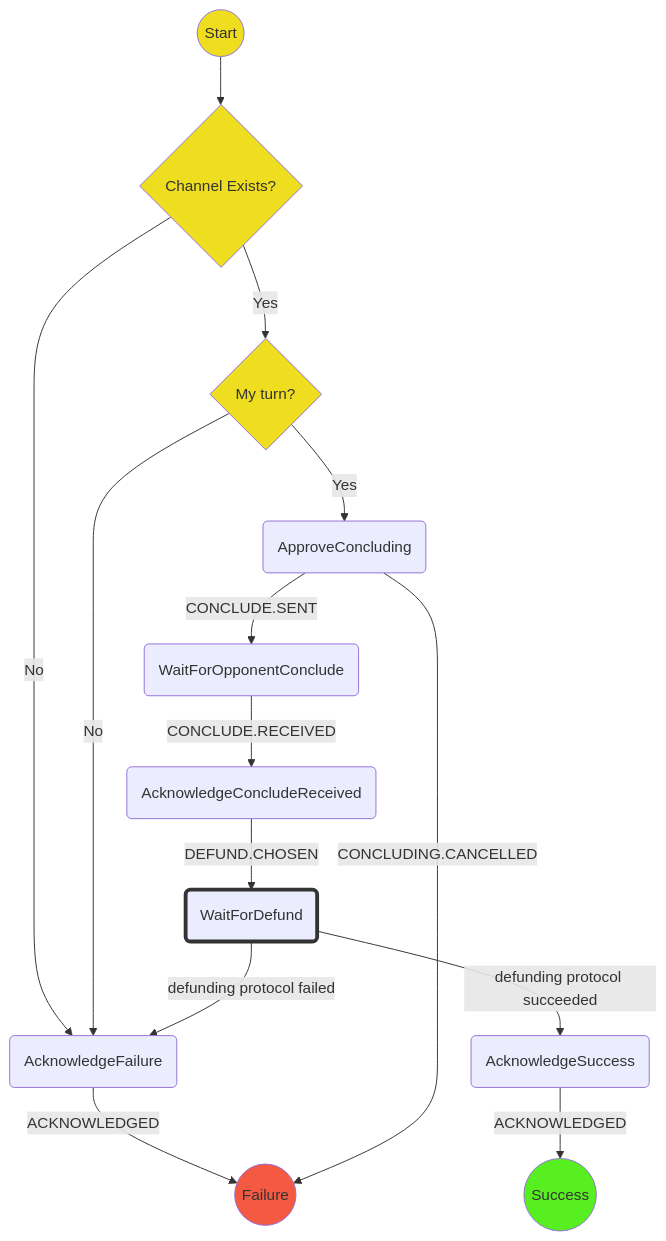
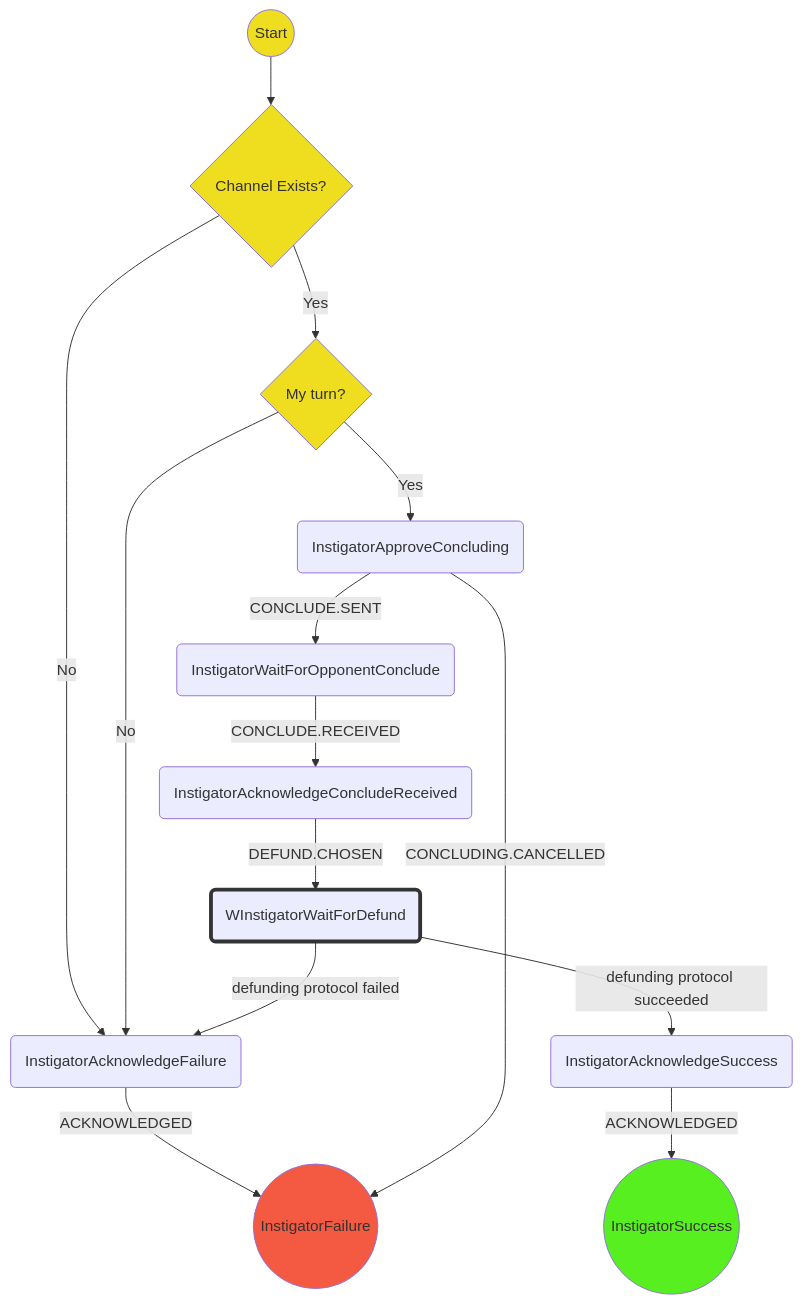
Before and after one commit to magmo/apps: the diagram in packages/wallet/src/redux/protocols/concluding/instigator/readme.md, drawn with Mermaid. The commit also changed other lines of this file and 9 other files, not shown here.

Commit message:
Distinguish concluding state type strings (instigator/responder)

````diff
--- a/packages/wallet/src/redux/protocols/concluding/instigator/readme.md
+++ b/packages/wallet/src/redux/protocols/concluding/instigator/readme.md
@@ -21,22 +21,22 @@
 ```mermaid
 graph TD
   S((Start)) --> E{Channel Exists?}
-  E --> |No| AF(AcknowledgeFailure)
-  AF -->|ACKNOWLEDGED| F((Failure))
+  E --> |No| AF(InstigatorAcknowledgeFailure)
+  AF -->|ACKNOWLEDGED| F((InstigatorFailure))
   E --> |Yes| MT{My turn?}
-  MT  --> |Yes| CC(ApproveConcluding)
-  MT  --> |No| AF(AcknowledgeFailure)
+  MT  --> |Yes| CC(InstigatorApproveConcluding)
+  MT  --> |No| AF(InstigatorAcknowledgeFailure)
   CC  --> |CONCLUDING.CANCELLED| F
-  CC  --> |CONCLUDE.SENT| WOC(WaitForOpponentConclude)
-  WOC --> |CONCLUDE.RECEIVED| ACR(AcknowledgeConcludeReceived)
-  ACR --> |DEFUND.CHOSEN| D(WaitForDefund)
-  D   --> |defunding protocol succeeded| AS(AcknowledgeSuccess)
-  AS -->  |ACKNOWLEDGED| SS((Success))
-  D   --> |defunding protocol failed| AF(AcknowledgeFailure)
+  CC  --> |CONCLUDE.SENT| WOC(InstigatorWaitForOpponentConclude)
+  WOC --> |CONCLUDE.RECEIVED| ACR(InstigatorAcknowledgeConcludeReceived)
+  ACR --> |DEFUND.CHOSEN| D(WInstigatorWaitForDefund)
+  D   --> |defunding protocol succeeded| AS(InstigatorAcknowledgeSuccess)
+  AS -->  |ACKNOWLEDGED| SS((InstigatorSuccess))
+  D   --> |defunding protocol failed| AF(InstigatorAcknowledgeFailure)
   style S  fill:#efdd20
   style E  fill:#efdd20
   style MT fill:#efdd20
   style SS fill:#58ef21
   style F  fill:#f45941
   style D stroke:#333,stroke-width:4px
 ```
````
